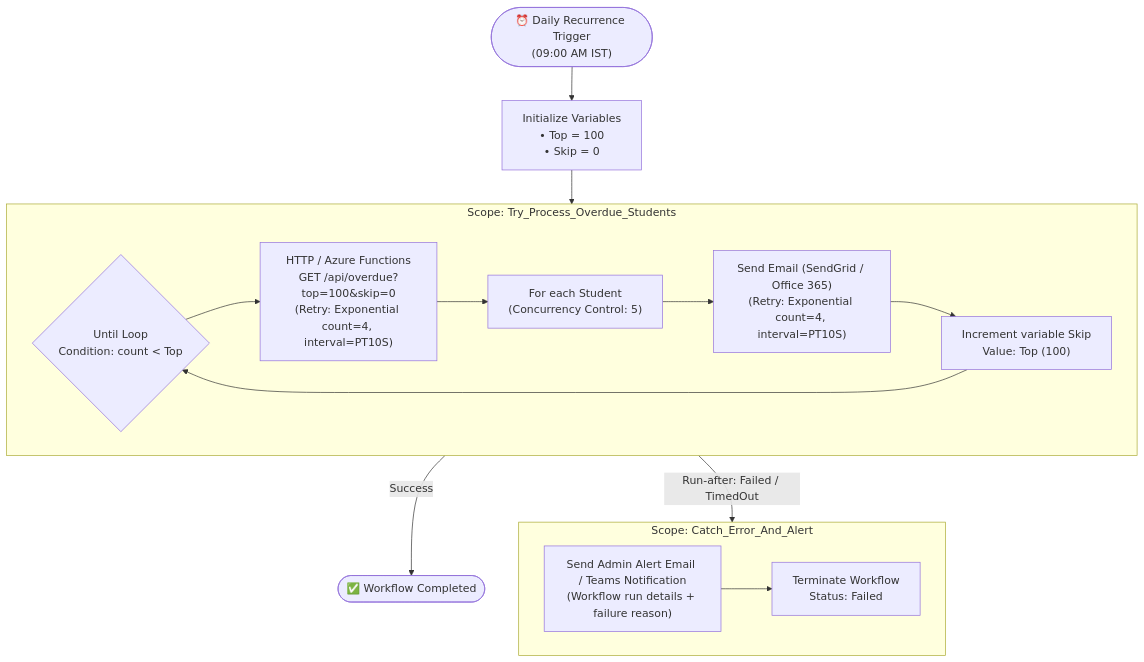
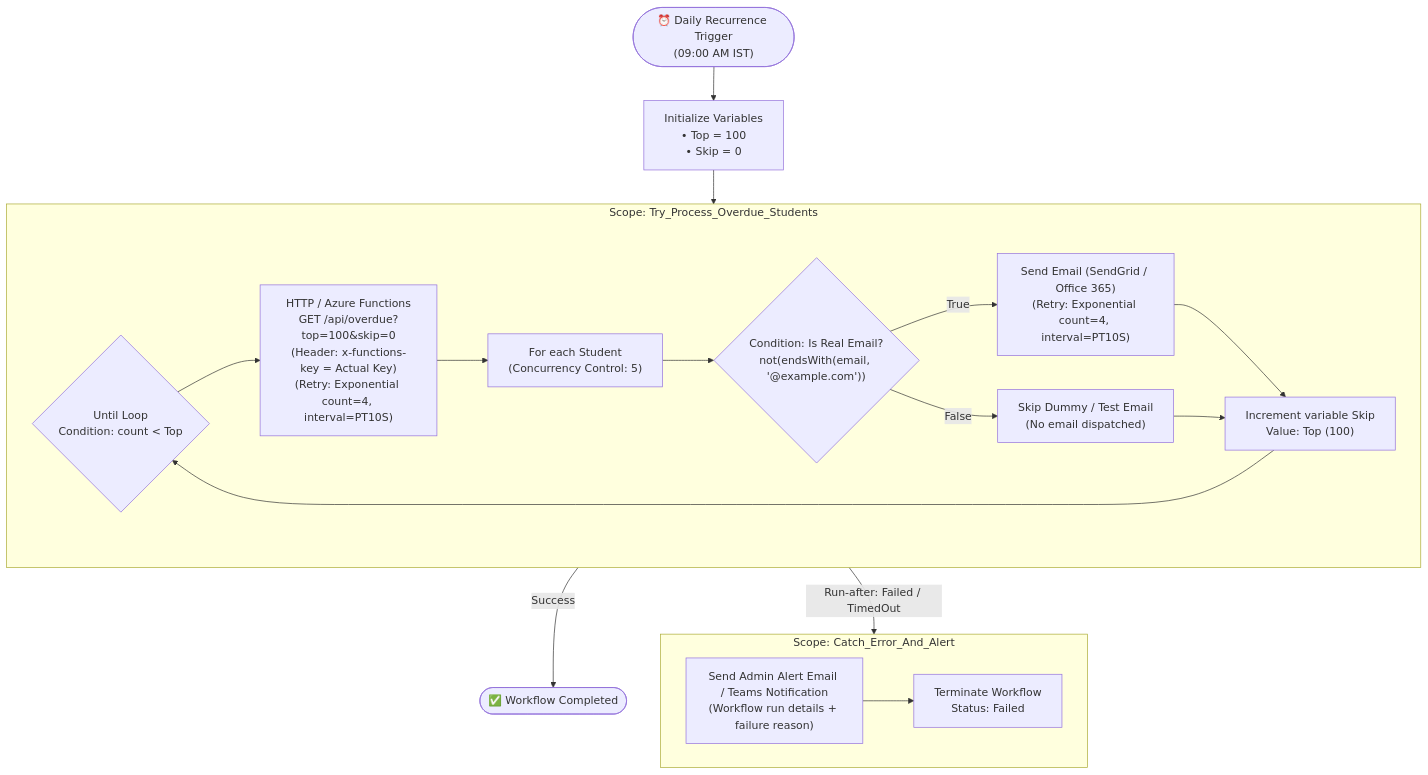
One commit to Vedanti1703/azure-fee-management changed the diagram in logicapp/README.md. Above: the diagram before and after it, drawn with Mermaid. The commit also changed other lines of this file and 8 other files, not shown here.

Commit message:
Update APIM policies and docs, configure email safety in Logic App, and update seed data

````diff
--- a/logicapp/README.md
+++ b/logicapp/README.md
@@ -11,28 +11,33 @@
 ```mermaid
 flowchart TD
     Start(["⏰ Daily Recurrence Trigger<br/>(09:00 AM IST)"]) --> InitVars["Initialize Variables<br/>• Top = 100<br/>• Skip = 0"]
     InitVars --> TryScope["Scope: Try_Process_Overdue_Students"]
 
     subgraph TryScope ["Scope: Try_Process_Overdue_Students"]
         UntilLoop{"Until Loop<br/>Condition: count &lt; Top"}
-        HTTPGet["HTTP / Azure Functions<br/>GET /api/overdue?top=100&skip=0<br/>(Retry: Exponential count=4, interval=PT10S)"]
+        HTTPGet["HTTP / Azure Functions<br/>GET /api/overdue?top=100&skip=0<br/>(Header: x-functions-key = Actual Key)<br/>(Retry: Exponential count=4, interval=PT10S)"]
         ForEach["For each Student<br/>(Concurrency Control: 5)"]
+        SafetyCheck{"Condition: Is Real Email?<br/>not(endsWith(email, '@example.com'))"}
         SendMail["Send Email (SendGrid / Office 365)<br/>(Retry: Exponential count=4, interval=PT10S)"]
+        SkipDummy["Skip Dummy / Test Email<br/>(No email dispatched)"]
         IncSkip["Increment variable Skip<br/>Value: Top (100)"]
 
         UntilLoop --> HTTPGet
         HTTPGet --> ForEach
-        ForEach --> SendMail
+        ForEach --> SafetyCheck
+        SafetyCheck -->|True| SendMail
+        SafetyCheck -->|False| SkipDummy
         SendMail --> IncSkip
+        SkipDummy --> IncSkip
         IncSkip --> UntilLoop
     end
 
     TryScope -->|Success| Complete(["✅ Workflow Completed"])
     TryScope -->|Run-after: Failed / TimedOut| CatchScope["Scope: Catch_Error_And_Alert"]
 
     subgraph CatchScope ["Scope: Catch_Error_And_Alert"]
         Alert["Send Admin Alert Email / Teams Notification<br/>(Workflow run details + failure reason)"]
         Terminate["Terminate Workflow<br/>Status: Failed"]
         Alert --> Terminate
     end
 ```
````
